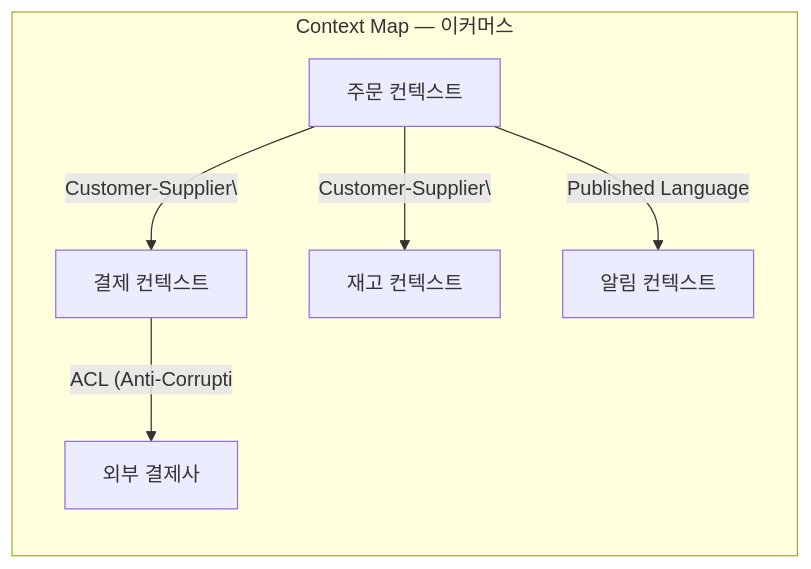
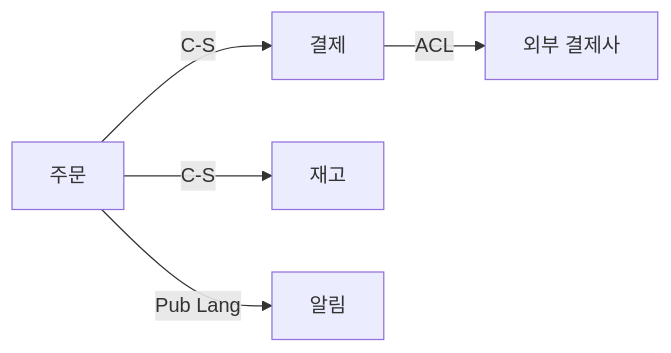
The third of 7 diagrams in _posts/architecture/2026-05-01-ddd.md (yjkim2015/yjkim2015.github.io), drawn with Mermaid before and after one commit. The commit also changed other lines of this file and 155 other files, not shown here.

First line of the commit message:
Mermaid 전면 수정: subgraph 제거, participant/노드/줄수 축소 (342블록)

````diff
--- a/_posts/architecture/2026-05-01-ddd.md
+++ b/_posts/architecture/2026-05-01-ddd.md
@@ -100,14 +100,7 @@
 ```mermaid
 graph LR
-    subgraph "Context Map — 이커머스"
-        OC["주문 컨텍스트"]
-        PC["결제 컨텍스트"]
-        IC["재고 컨텍스트"]
-        NC["알림 컨텍스트"]
-        EC["외부 결제사"]
-    end
-    OC -->|"Customer-Supplier\"| PC
-    OC -->|"Customer-Supplier\"| IC
-    OC -->|"Published Language"| NC
-    PC -->|"ACL (Anti-Corrupti"| EC
+    OC["주문"] -->|"C-S"| PC["결제"]
+    OC -->|"C-S"| IC["재고"]
+    OC -->|"Pub Lang"| NC["알림"]
+    PC -->|"ACL"| EC["외부 결제사"]
 ```
````
